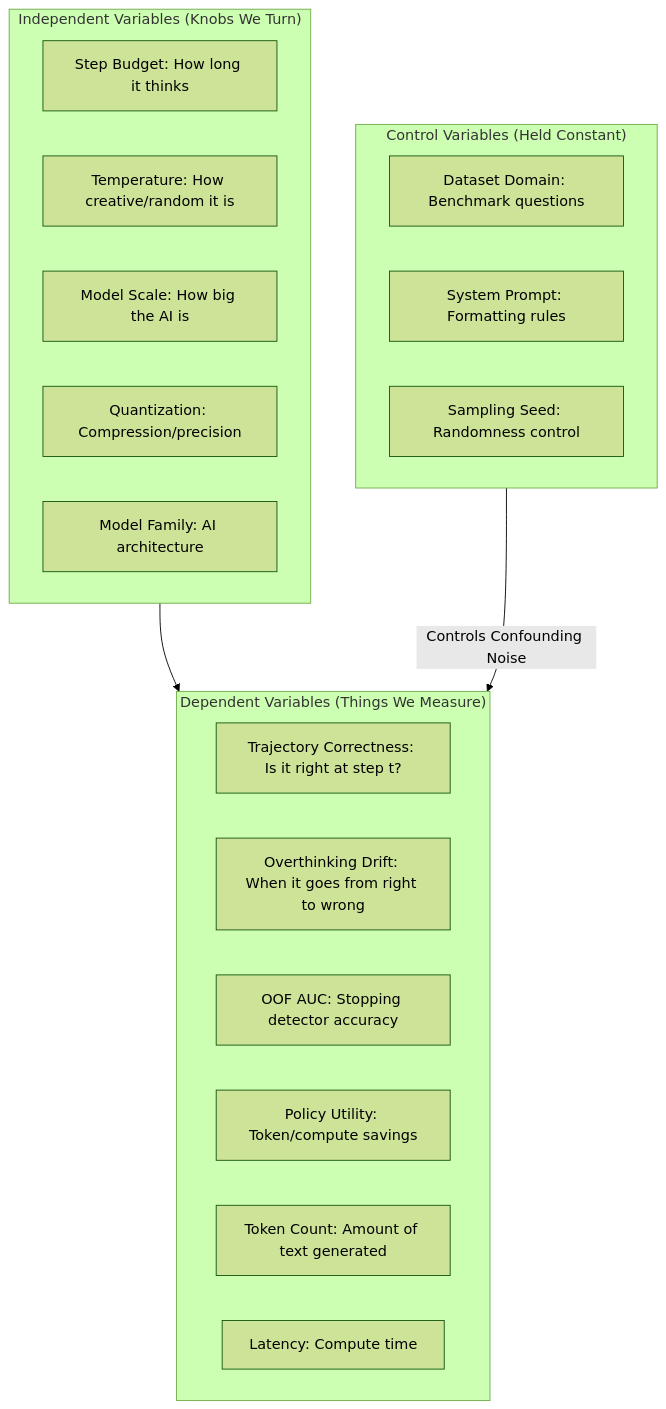
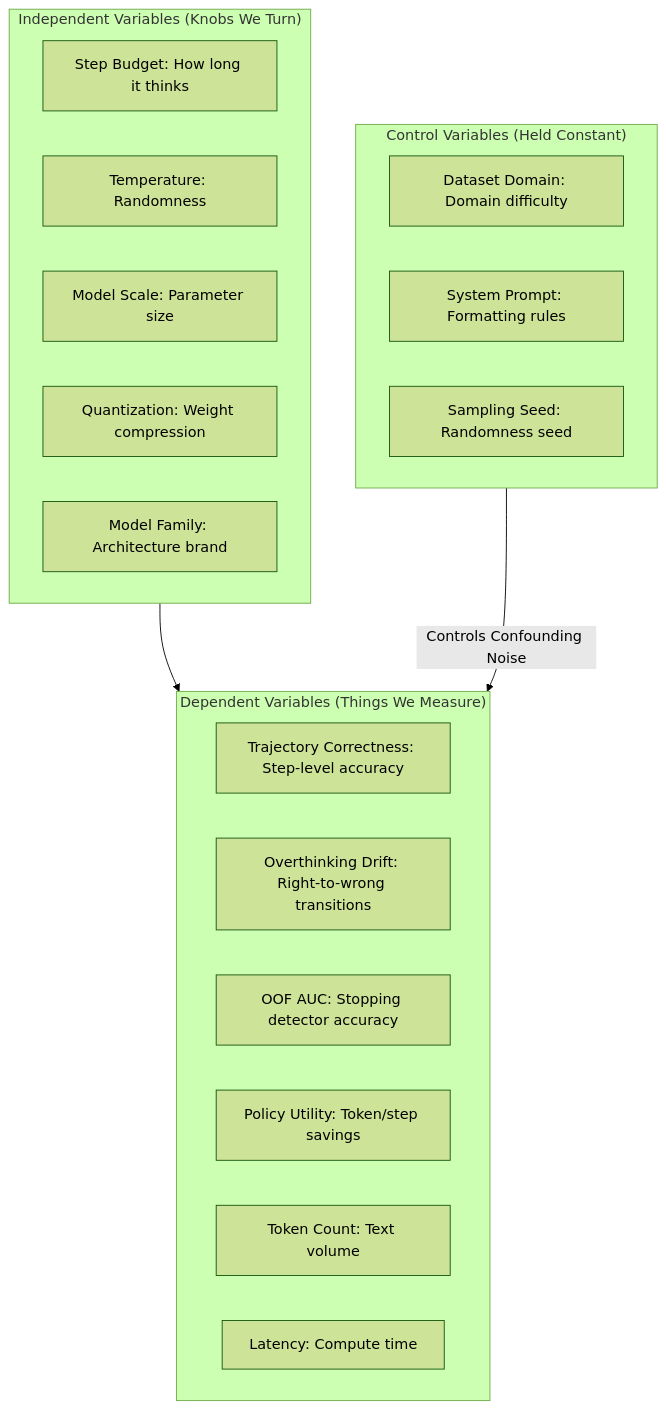
The first of 10 diagrams in ThesisDocs/July_16_Progress.md (bhattadiCS/research-thesis-overthinking-boundary), drawn with Mermaid (forest theme) before and after one commit. The commit also changed other lines of this file and 2 other files, not shown here.

````diff
--- a/ThesisDocs/July_16_Progress.md
+++ b/ThesisDocs/July_16_Progress.md
@@ -24,28 +19,28 @@
 ```mermaid
 graph TD
     subgraph independent_variables ["Independent Variables (Knobs We Turn)"]
         V1[Step Budget: How long it thinks]
-        V2[Temperature: How creative/random it is]
-        V3[Model Scale: How big the AI is]
-        V4[Quantization: Compression/precision]
-        V5[Model Family: AI architecture]
+        V2[Temperature: Randomness]
+        V3[Model Scale: Parameter size]
+        V4[Quantization: Weight compression]
+        V5[Model Family: Architecture brand]
     end
 
     subgraph dependent_variables ["Dependent Variables (Things We Measure)"]
-        V6[Trajectory Correctness: Is it right at step t?]
-        V7[Overthinking Drift: When it goes from right to wrong]
+        V6[Trajectory Correctness: Step-level accuracy]
+        V7[Overthinking Drift: Right-to-wrong transitions]
         V8[OOF AUC: Stopping detector accuracy]
-        V9[Policy Utility: Token/compute savings]
-        V10[Token Count: Amount of text generated]
+        V9[Policy Utility: Token/step savings]
+        V10[Token Count: Text volume]
         V11[Latency: Compute time]
     end
 
     subgraph control_variables ["Control Variables (Held Constant)"]
-        V12[Dataset Domain: Benchmark questions]
+        V12[Dataset Domain: Domain difficulty]
         V13[System Prompt: Formatting rules]
-        V14[Sampling Seed: Randomness control]
+        V14[Sampling Seed: Randomness seed]
     end
 
     independent_variables --> dependent_variables
     control_variables -->|Controls Confounding Noise| dependent_variables
 ```
````
